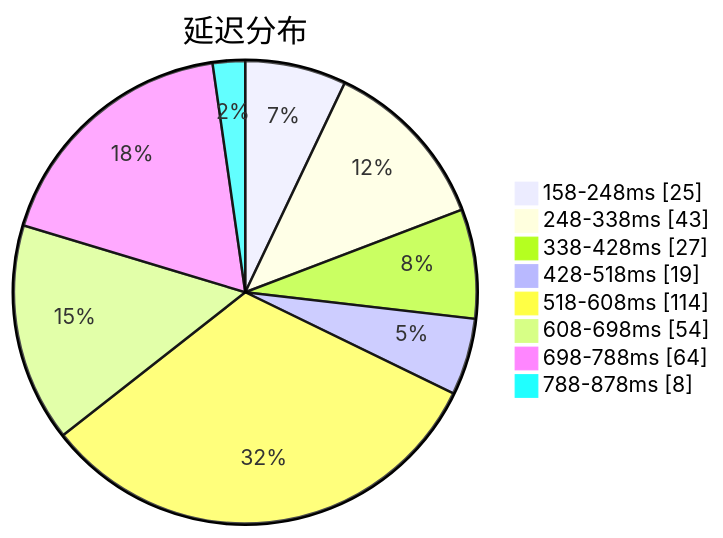
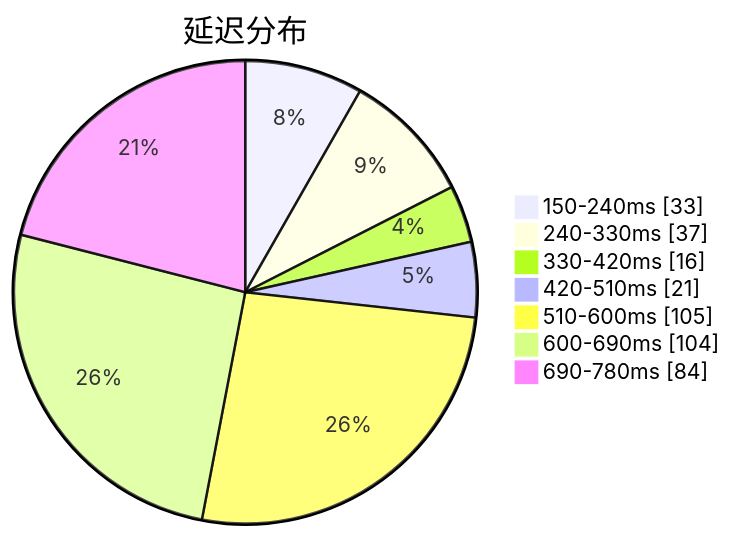
Before and after one commit to qjlxg/airport: the first of 3 diagrams in subs/statistics/tested_within.md, drawn with Mermaid. The commit also changed other lines of this file and 2 other files, not shown here.

Commit message:
Tested by metaST

````diff
--- a/subs/statistics/tested_within.md
+++ b/subs/statistics/tested_within.md
@@ -2,12 +2,11 @@
 ```mermaid
 pie showData
 title 延迟分布
-"158-248ms" : 25
-"248-338ms" : 43
-"338-428ms" : 27
-"428-518ms" : 19
-"518-608ms" : 114
-"608-698ms" : 54
-"698-788ms" : 64
-"788-878ms" : 8
+"150-240ms" : 33
+"240-330ms" : 37
+"330-420ms" : 16
+"420-510ms" : 21
+"510-600ms" : 105
+"600-690ms" : 104
+"690-780ms" : 84
 ```
````
